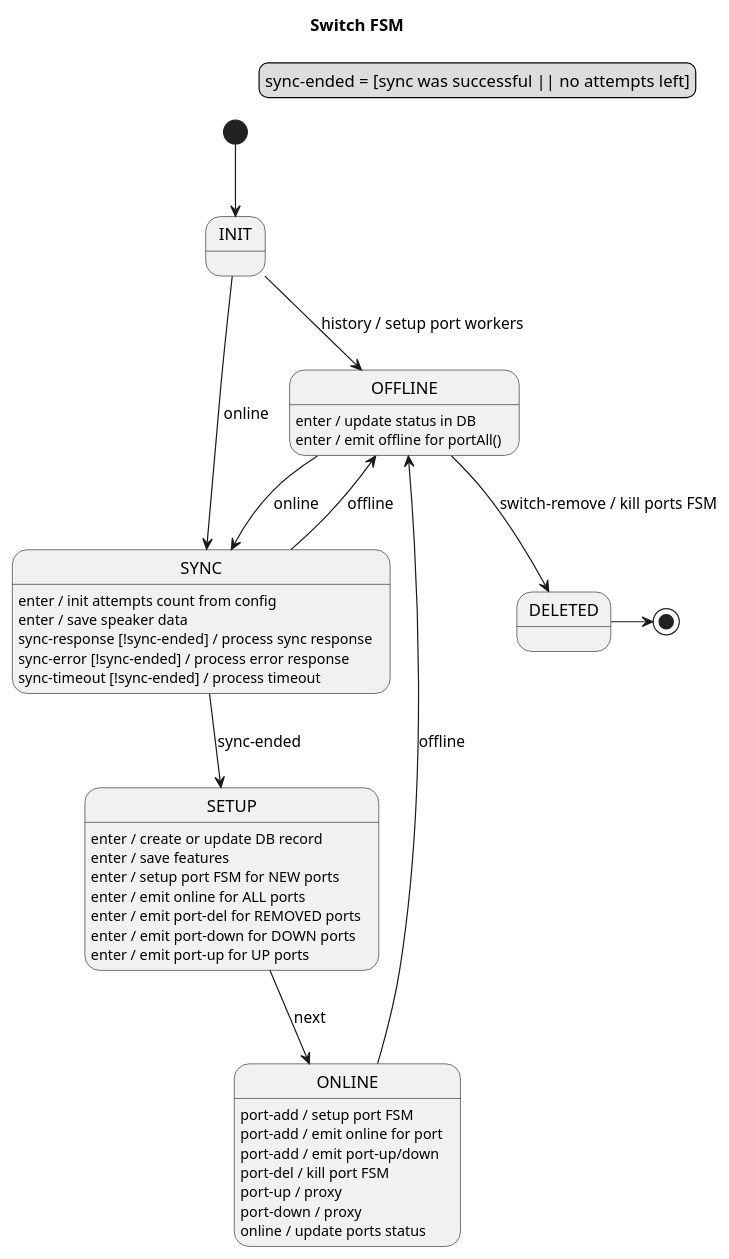
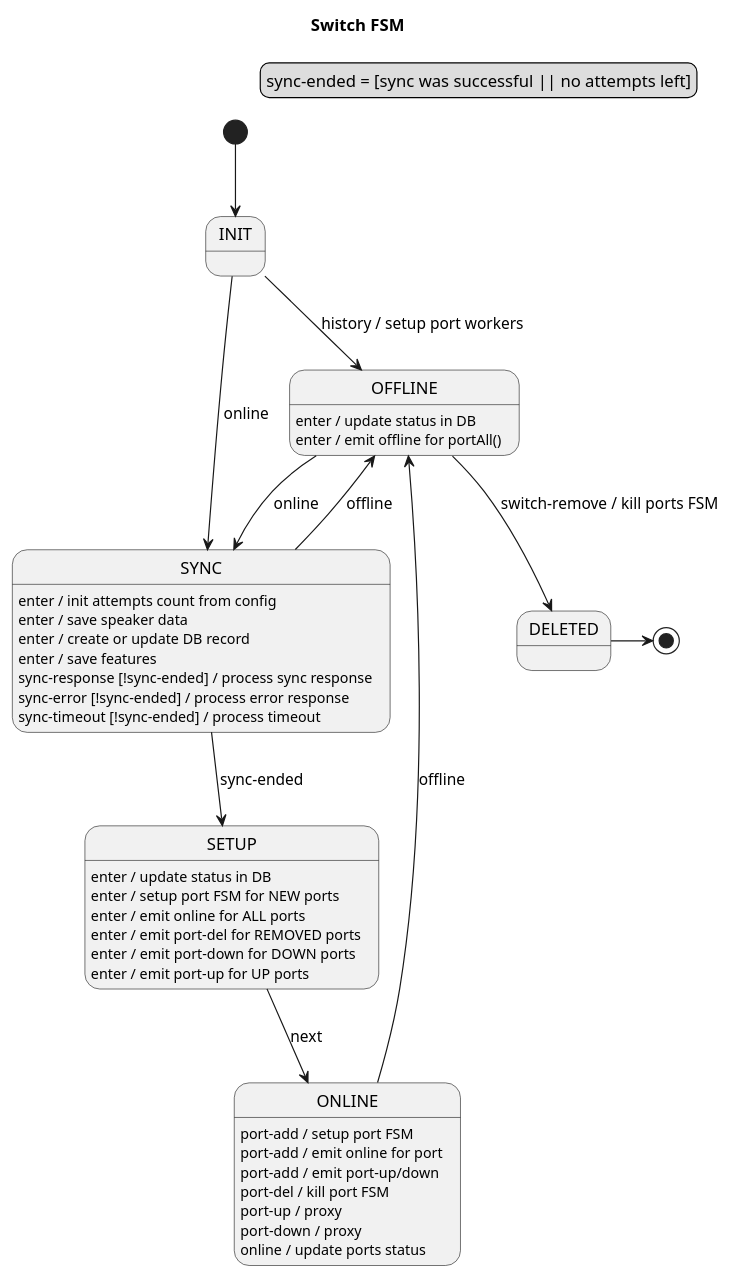
Before and after one commit to telstra/open-kilda: the diagram in docs/design/network-discovery/switch-FSM.puml, drawn with PlantUML. The commit also changed 62 other files, not shown here.

```diff
--- a/docs/design/network-discovery/switch-FSM.puml
+++ b/docs/design/network-discovery/switch-FSM.puml
@@ -22,45 +22,46 @@
 @startuml
 title Switch FSM
 
 legend top right
     sync-ended = [sync was successful || no attempts left]
 endlegend
 
 [*] --> INIT
 
 INIT --> OFFLINE : history / setup port workers
 INIT --> SYNC : online
 
 SYNC : enter / init attempts count from config
 SYNC : enter / save speaker data
+SYNC : enter / create or update DB record
+SYNC : enter / save features
 SYNC : sync-response [!sync-ended] / process sync response
 SYNC : sync-error [!sync-ended] / process error response
 SYNC : sync-timeout [!sync-ended] / process timeout
 SYNC --> SETUP : sync-ended
 SYNC --> OFFLINE : offline
 
-SETUP : enter / create or update DB record
-SETUP : enter / save features
+SETUP : enter / update status in DB
 SETUP : enter / setup port FSM for NEW ports
 SETUP : enter / emit online for ALL ports
 SETUP : enter / emit port-del for REMOVED ports
 SETUP : enter / emit port-down for DOWN ports
 SETUP : enter / emit port-up for UP ports
 SETUP --> ONLINE : next
 
 ONLINE : port-add / setup port FSM
 ONLINE : port-add / emit online for port
 ONLINE : port-add / emit port-up/down
 ONLINE : port-del / kill port FSM
 ONLINE : port-up / proxy
 ONLINE : port-down / proxy
 ONLINE : online / update ports status
 ONLINE --> OFFLINE : offline
 
 OFFLINE : enter / update status in DB
 OFFLINE : enter / emit offline for portAll()
 OFFLINE --> SYNC : online
 OFFLINE --> DELETED: switch-remove / kill ports FSM
 DELETED -> [*]
 
 @enduml
```
